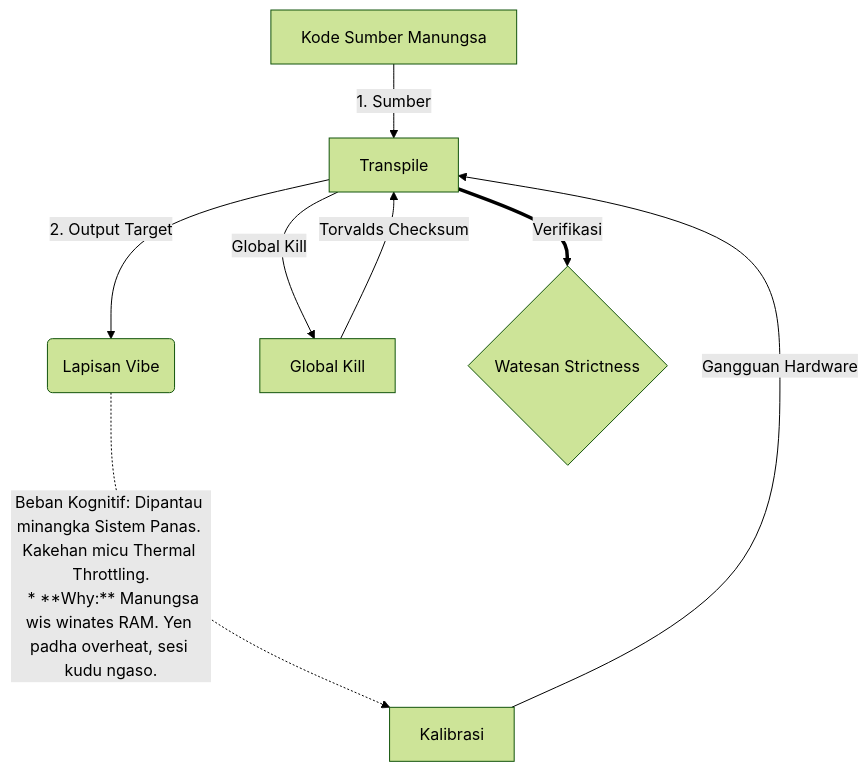
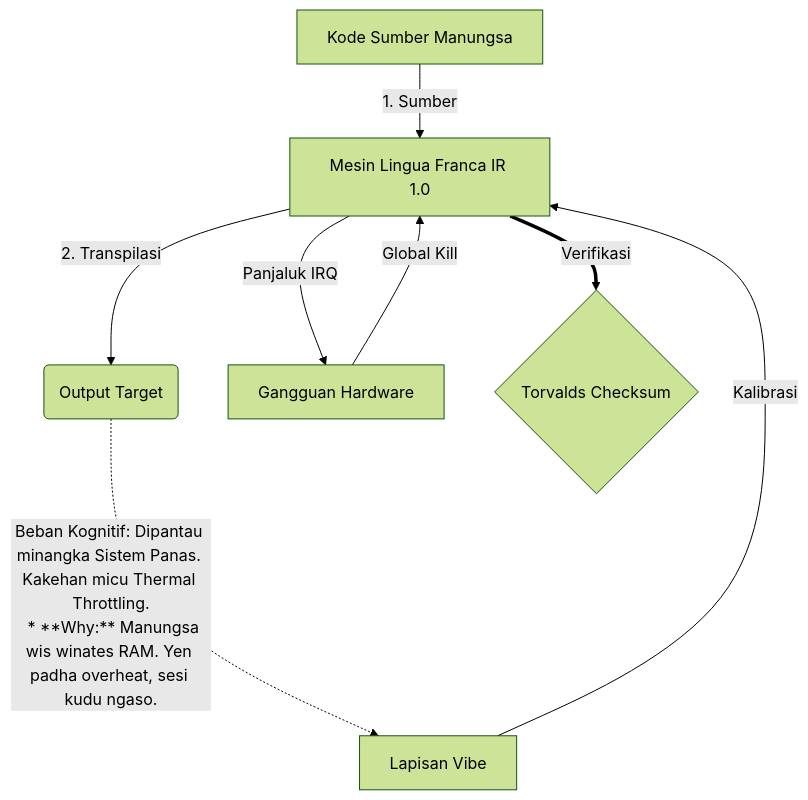
The diagram in README.student.jv.md (0compute/machine), drawn with Mermaid (forest theme) before and after one commit. The commit also changed other lines of this file and 103 other files, not shown here.

````diff
--- a/README.student.jv.md
+++ b/README.student.jv.md
@@ -95,11 +95,11 @@
 ```mermaid
 graph TD
-    A[Kode Sumber Manungsa] -->|1. Sumber| B[Transpile]
-    B -->|2. Output Target| C(Lapisan Vibe)
+    A[Kode Sumber Manungsa] -->|1. Sumber| B[Mesin Lingua Franca IR 1.0]
+    B -->|2. Transpilasi| C(Output Target)
     C -.->|Beban Kognitif: Dipantau minangka Sistem Panas. Kakehan micu Thermal Throttling.
-  * **Why:** Manungsa wis winates RAM. Yen padha overheat, sesi kudu ngaso.| G[Kalibrasi]
-    G -->|Gangguan Hardware| B
-    B -->|Global Kill| H[Global Kill]
-    H -->|Torvalds Checksum| B
-    B == Verifikasi ==> I{Watesan Strictness}
+  * **Why:** Manungsa wis winates RAM. Yen padha overheat, sesi kudu ngaso.| G[Lapisan Vibe]
+    G -->|Kalibrasi| B
+    B -->|Panjaluk IRQ| H[Gangguan Hardware]
+    H -->|Global Kill| B
+    B == Verifikasi ==> I{Torvalds Checksum}
 ```
````
